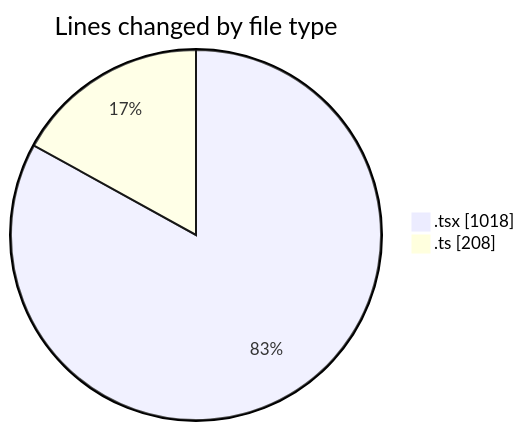
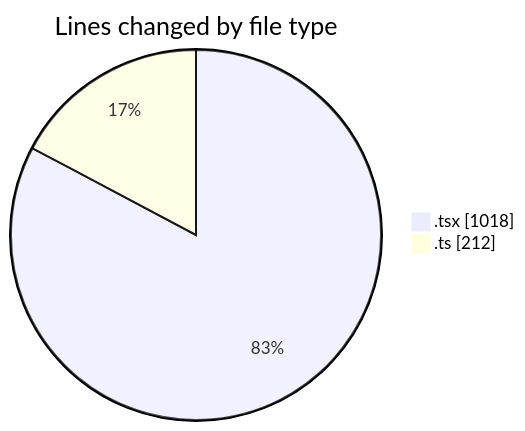
One commit to julien-gomy/code-tracking changed the first of 2 diagrams in 2025-10-31/eventscop-frontend-guide__workspace_/README.md. Above: the diagram before and after it, drawn with Mermaid. The commit also changed other lines of this file and 1 other file, not shown here.

````diff
--- a/2025-10-31/eventscop-frontend-guide__workspace_/README.md
+++ b/2025-10-31/eventscop-frontend-guide__workspace_/README.md
@@ -26,6 +26,6 @@
 ```mermaid
 pie showData
 title Lines changed by file type
 ".tsx" : 1018
-".ts" : 208
+".ts" : 212
 ```
````
